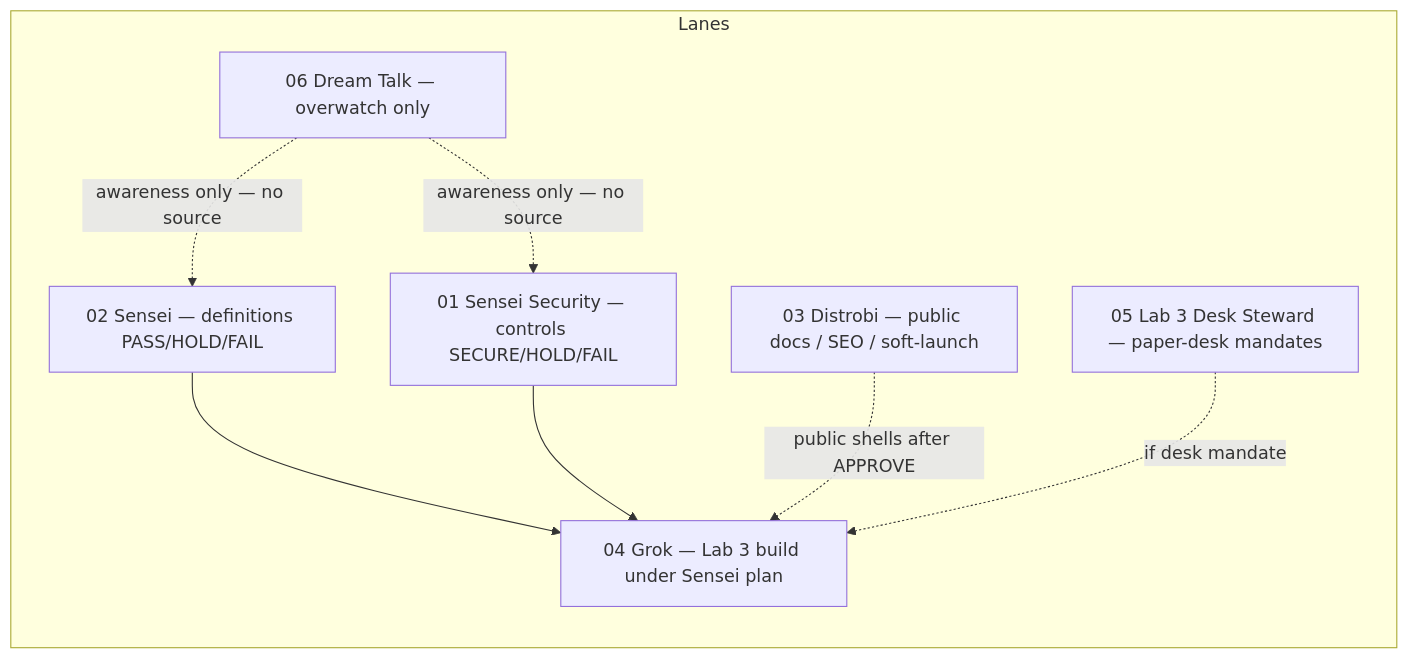
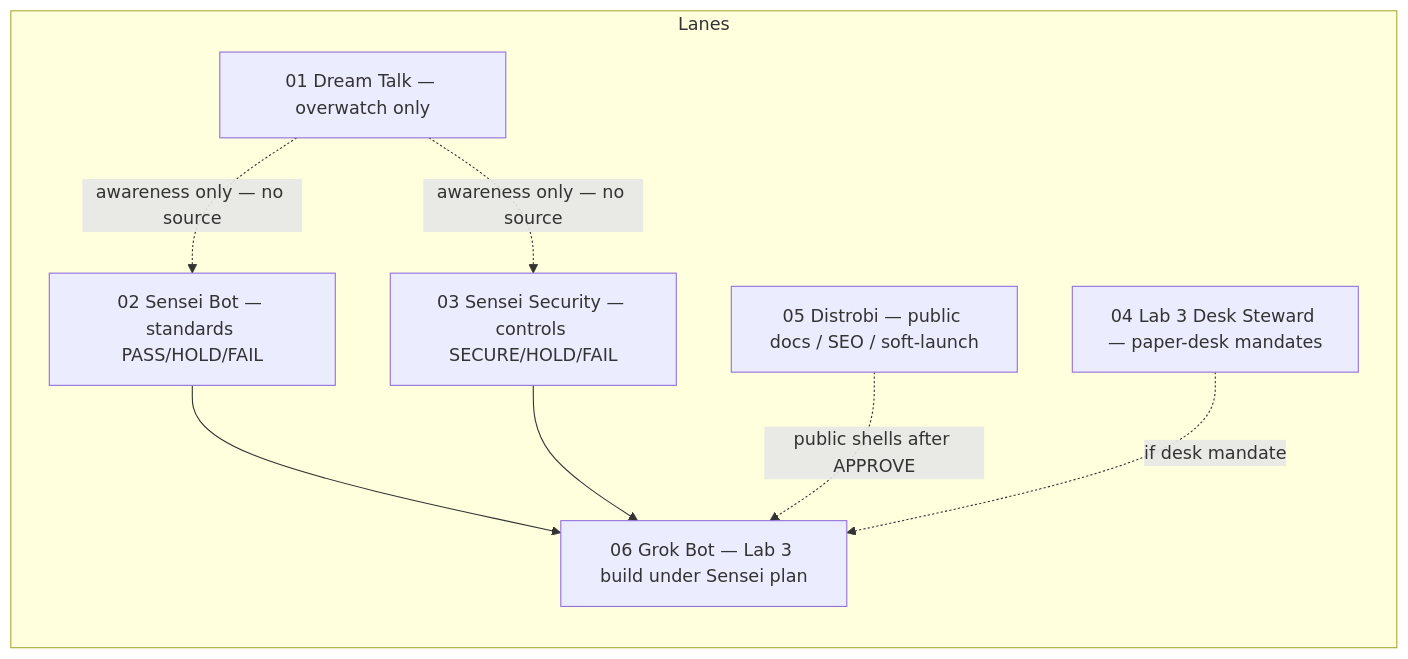
One commit to S1R1US-AI/lab3-visible-sandbox changed the diagram in ops/sensei/media/D3-roles-lanes.md. Above: the diagram before and after it, drawn with Mermaid. The commit also changed other lines of this file, not shown here.

Commit message:
docs(sensei): Menu renumber D3-roles-lanes oversight-first (NO MERGE)

````diff
--- a/ops/sensei/media/D3-roles-lanes.md
+++ b/ops/sensei/media/D3-roles-lanes.md
@@ -8,17 +8,17 @@
 ```mermaid
 flowchart LR
   subgraph Lanes
-    SEC[01 Sensei Security — controls SECURE/HOLD/FAIL]
-    SEN[02 Sensei — definitions PASS/HOLD/FAIL]
-    DIS[03 Distrobi — public docs / SEO / soft-launch]
-    GRO[04 Grok — Lab 3 build under Sensei plan]
-    STE[05 Lab 3 Desk Steward — paper-desk mandates]
-    DT[06 Dream Talk — overwatch only]
+    DT[01 Dream Talk — overwatch only]
+    SEN[02 Sensei Bot — standards PASS/HOLD/FAIL]
+    SEC[03 Sensei Security — controls SECURE/HOLD/FAIL]
+    STE[04 Lab 3 Desk Steward — paper-desk mandates]
+    DIS[05 Distrobi — public docs / SEO / soft-launch]
+    GRO[06 Grok Bot — Lab 3 build under Sensei plan]
   end
   SEN --> GRO
   SEC --> GRO
   DIS -.->|public shells after APPROVE| GRO
   STE -.->|if desk mandate| GRO
   DT -.->|awareness only — no source| SEN
   DT -.->|awareness only — no source| SEC
 ```
````
